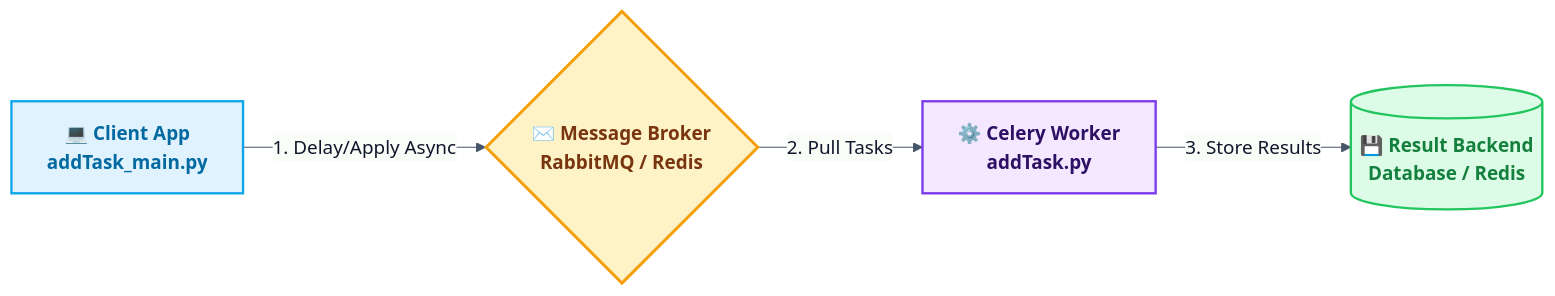
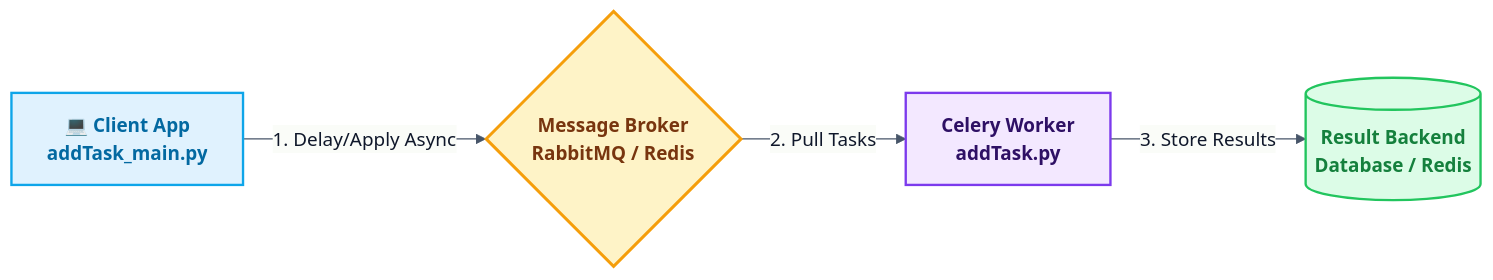
One commit to RameenAnwar/PDC-SP26-SE changed the sixth of 8 diagrams in 23FA-025-SE/Chapter06/README.md. Above: the diagram before and after it, drawn with Mermaid. The commit also changed other lines of this file and 5 other files, not shown here.

````diff
--- a/23FA-025-SE/Chapter06/README.md
+++ b/23FA-025-SE/Chapter06/README.md
@@ -204,18 +204,18 @@
 ```mermaid
 %%{init: {'theme': 'base', 'themeVariables': { 'lineColor': '#475569', 'primaryColor': '#f8fafc', 'primaryTextColor': '#0f172a', 'primaryBorderColor': '#cbd5e1' }}}%%
 flowchart LR
     %% Premium Celery Architecture
     classDef client fill:#e0f2fe,stroke:#0ea5e9,stroke-width:2px,color:#0369a1,font-weight:bold
     classDef broker fill:#fef3c7,stroke:#f59e0b,stroke-width:2.5px,color:#78350f,font-weight:bold
     classDef worker fill:#f3e8ff,stroke:#7c3aed,stroke-width:2px,color:#2e1065,font-weight:bold
     classDef backend fill:#dcfce7,stroke:#22c55e,stroke-width:2px,color:#15803d,font-weight:bold
 
-    Client["💻 Client App <br> addTask_main.py"] -->|"1. Delay/Apply Async"| Broker{"✉️ Message Broker <br> RabbitMQ / Redis"}
-    Broker -->|"2. Pull Tasks"| Worker["⚙️ Celery Worker <br> addTask.py"]
-    Worker -->|"3. Store Results"| Backend[("💾 Result Backend <br> Database / Redis")]
+    Client["💻 Client App <br> addTask_main.py"] -->|"1. Delay/Apply Async"| Broker{" Message Broker <br> RabbitMQ / Redis"}
+    Broker -->|"2. Pull Tasks"| Worker[" Celery Worker <br> addTask.py"]
+    Worker -->|"3. Store Results"| Backend[(" Result Backend <br> Database / Redis")]
 
     class Client client
     class Broker broker
     class Worker worker
     class Backend backend
 ```
````
